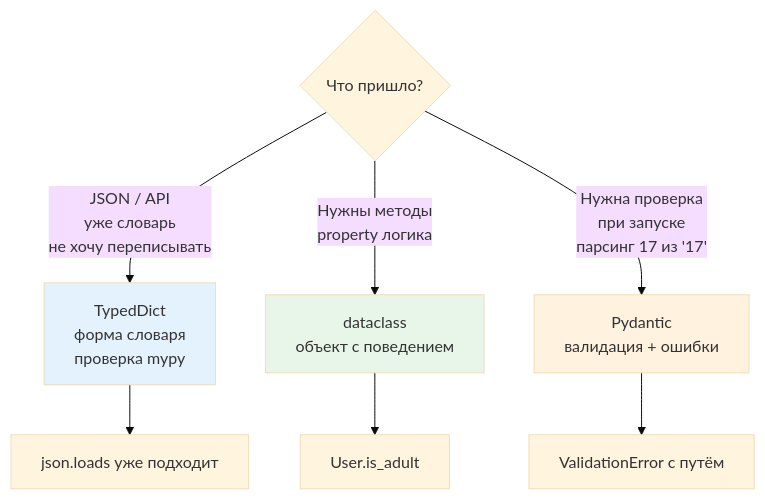
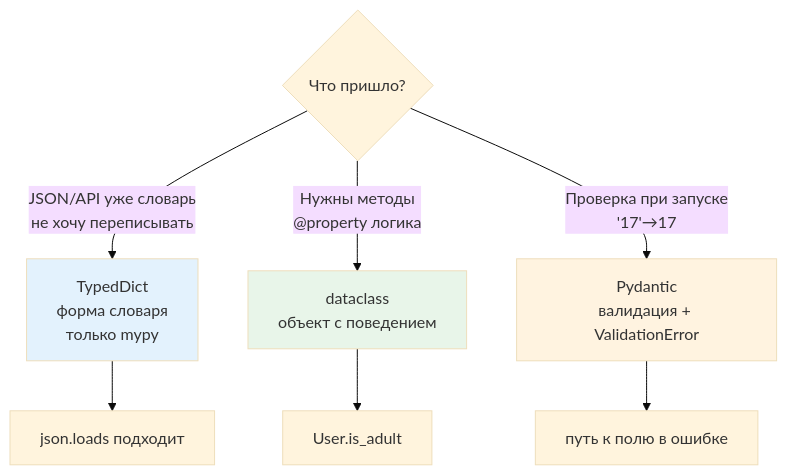
The second of 2 diagrams in 02_Курсы/01. Инженерные практики Python/01_Лекции/03. Словари с формой — TypedDict и современный синтаксис.md (JayStorm228/College), drawn with Mermaid (base theme) before and after one commit. The commit also changed other lines of this file and 2 other files, not shown here.

````diff
--- a/02_Курсы/01. Инженерные практики Python/01_Лекции/03. Словари с формой — TypedDict и современный синтаксис.md
+++ b/02_Курсы/01. Инженерные практики Python/01_Лекции/03. Словари с формой — TypedDict и современный синтаксис.md
@@ -131,13 +158,13 @@
 ```mermaid
 flowchart TD
   Q{Что пришло?}
-  Q -- JSON / API<br>уже словарь<br>не хочу переписывать --> T[TypedDict<br>форма словаря<br>проверка mypy]
-  Q -- Нужны методы<br>property логика --> D[dataclass<br>объект с поведением]
-  Q -- Нужна проверка<br>при запуске<br>парсинг 17 из '17' --> P[Pydantic<br>валидация + ошибки]
-  T --> Ex1[json.loads уже подходит]
+  Q -- JSON/API уже словарь<br>не хочу переписывать --> T[TypedDict<br>форма словаря<br>только mypy]
+  Q -- Нужны методы<br>@property логика --> D[dataclass<br>объект с поведением]
+  Q -- Проверка при запуске<br>'17'→17 --> P[Pydantic<br>валидация + ValidationError]
+  T --> Ex1[json.loads подходит]
   D --> Ex2[User.is_adult]
-  P --> Ex3[ValidationError с путём]
+  P --> Ex3[путь к полю в ошибке]
   style T fill:#e3f2fd
   style D fill:#e8f5e9
   style P fill:#fff3e0
 ```
````
